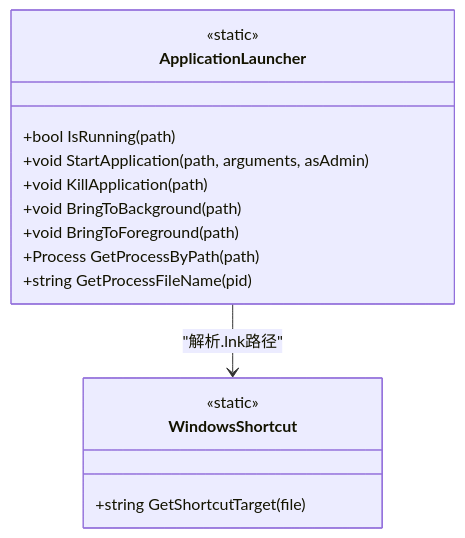
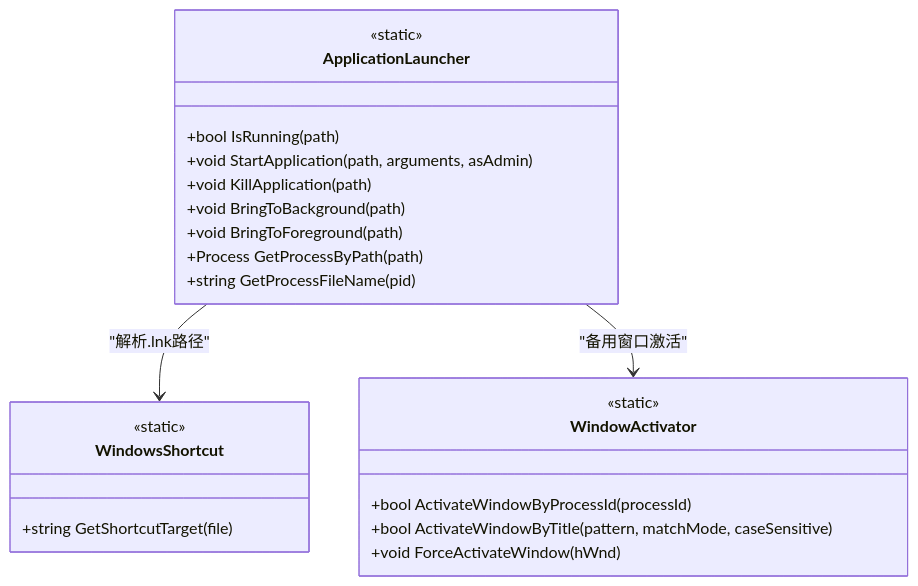
One commit to tea4go/Macro-Deck-Windows-Utils-Plugin changed the third of 6 diagrams in .qoder/repowiki/zh/content/开发者指南/工具函数库/应用程序启动器.md. Above: the diagram before and after it, drawn with Mermaid. The commit also changed other lines of this file and 16 other files, not shown here.

````diff
--- a/.qoder/repowiki/zh/content/开发者指南/工具函数库/应用程序启动器.md
+++ b/.qoder/repowiki/zh/content/开发者指南/工具函数库/应用程序启动器.md
@@ -158,18 +181,25 @@
 ```mermaid
 classDiagram
 class ApplicationLauncher {
 +bool IsRunning(path)
 +void StartApplication(path, arguments, asAdmin)
 +void KillApplication(path)
 +void BringToBackground(path)
 +void BringToForeground(path)
 +Process GetProcessByPath(path)
 +string GetProcessFileName(pid)
 <<static>>
 }
 class WindowsShortcut {
 +string GetShortcutTarget(file)
 <<static>>
 }
+class WindowActivator {
++bool ActivateWindowByProcessId(processId)
++bool ActivateWindowByTitle(pattern, matchMode, caseSensitive)
++void ForceActivateWindow(hWnd)
+<<static>>
+}
 ApplicationLauncher --> WindowsShortcut : "解析.lnk路径"
+ApplicationLauncher --> WindowActivator : "备用窗口激活"
 ```
````
